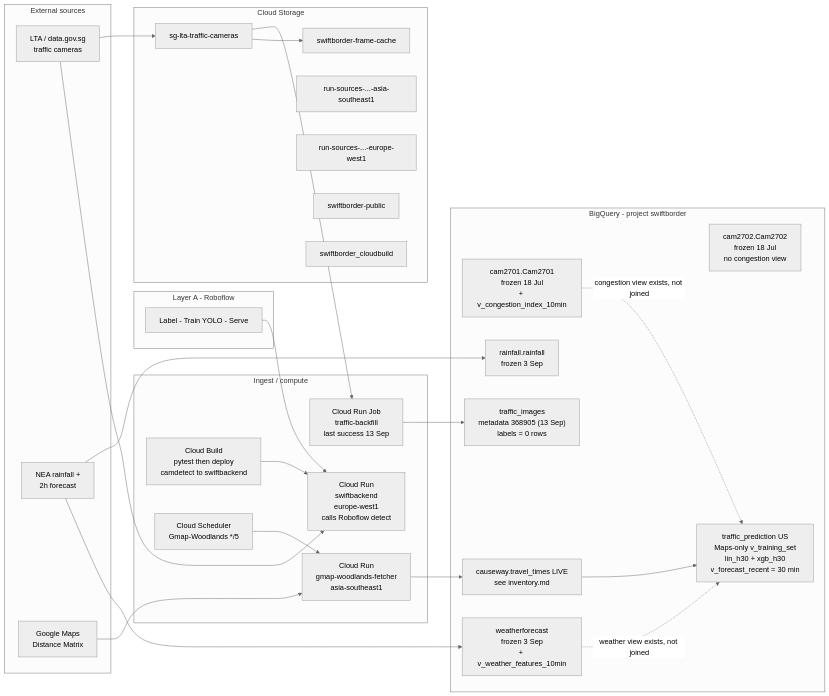
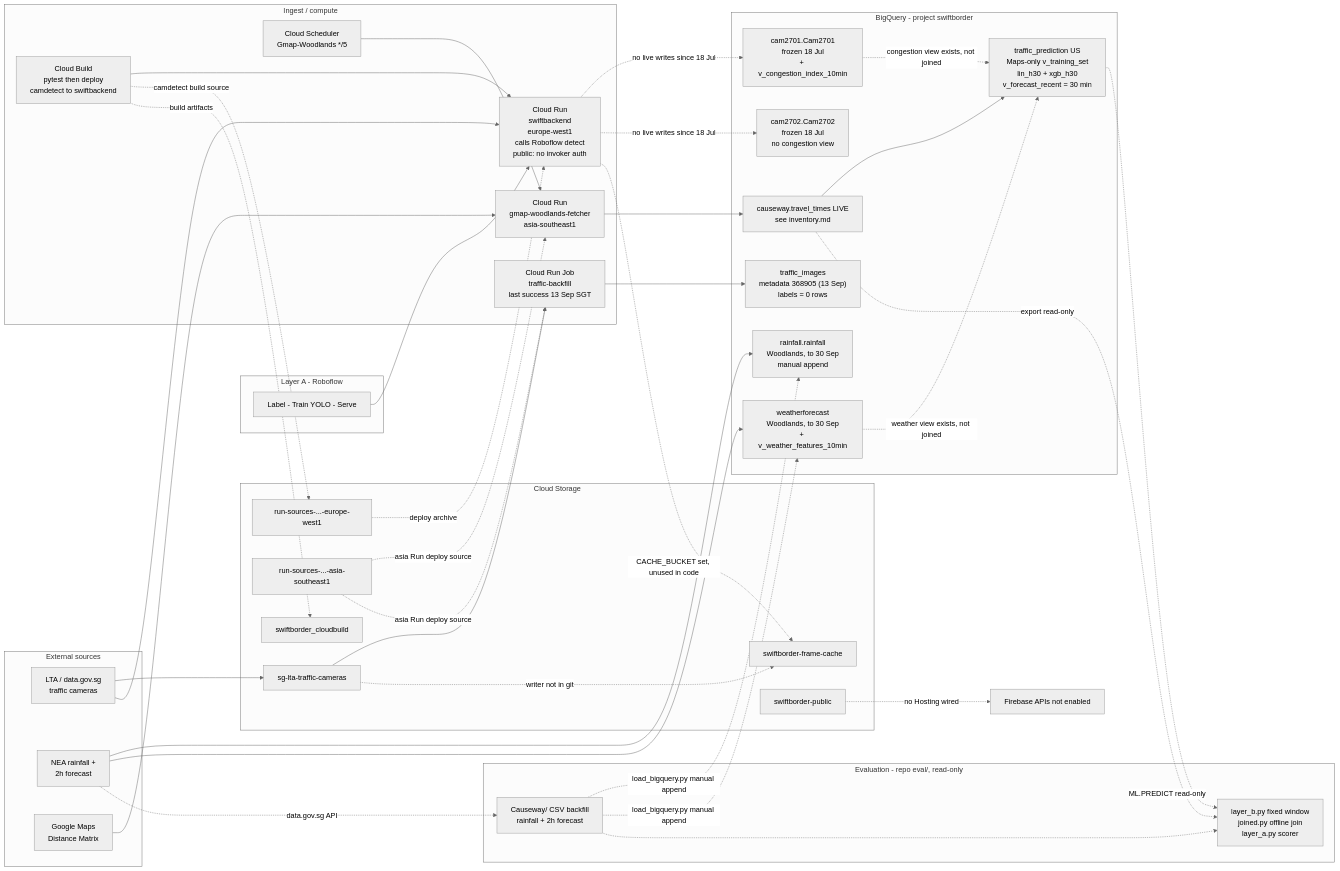
The second of 2 diagrams in docs/architecture.md (sozuken-max/swiftborder), drawn with Mermaid (neutral theme) before and after one commit. The commit also changed other lines of this file and 29 other files, not shown here.

Commit message:
Refresh docs, inventory, diagrams and skills against project swiftborder; camera pilot handoff

````diff
--- a/docs/architecture.md
+++ b/docs/architecture.md
@@ -40,55 +106,76 @@
 ```mermaid
 flowchart LR
   subgraph Ext["External sources"]
     LTA["LTA / data.gov.sg<br/>traffic cameras"]
     NEA["NEA rainfall +<br/>2h forecast"]
     GMAP["Google Maps<br/>Distance Matrix"]
   end
 
   subgraph Ingest["Ingest / compute"]
     GH["Cloud Build<br/>pytest then deploy<br/>camdetect to swiftbackend"]
     SCH["Cloud Scheduler<br/>Gmap-Woodlands */5"]
     GFN["Cloud Run<br/>gmap-woodlands-fetcher<br/>asia-southeast1"]
-    SB["Cloud Run<br/>swiftbackend<br/>europe-west1<br/>calls Roboflow detect"]
-    BF["Cloud Run Job<br/>traffic-backfill<br/>last success 13 Sep"]
+    SB["Cloud Run<br/>swiftbackend<br/>europe-west1<br/>calls Roboflow detect<br/>public: no invoker auth"]
+    BF["Cloud Run Job<br/>traffic-backfill<br/>last success 13 Sep SGT"]
   end
 
   subgraph RF["Layer A - Roboflow"]
     ROB["Label - Train YOLO - Serve"]
   end
 
   subgraph BQ["BigQuery - project swiftborder"]
     C1["cam2701.Cam2701<br/>frozen 18 Jul<br/>+ v_congestion_index_10min"]
     C2["cam2702.Cam2702<br/>frozen 18 Jul<br/>no congestion view"]
     TT["causeway.travel_times LIVE<br/>see inventory.md"]
-    RF2["rainfall.rainfall<br/>frozen 3 Sep"]
-    WX["weatherforecast<br/>frozen 3 Sep<br/>+ v_weather_features_10min"]
+    RF2["rainfall.rainfall<br/>Woodlands, to 30 Sep<br/>manual append"]
+    WX["weatherforecast<br/>Woodlands, to 30 Sep<br/>+ v_weather_features_10min"]
     TI["traffic_images<br/>metadata 368905 (13 Sep)<br/>labels = 0 rows"]
     TP["traffic_prediction US<br/>Maps-only v_training_set<br/>lin_h30 + xgb_h30<br/>v_forecast_recent = 30 min"]
   end
 
   subgraph GCS["Cloud Storage"]
     CAM["sg-lta-traffic-cameras"]
     CACHE["swiftborder-frame-cache"]
     RS1["run-sources-...-asia-southeast1"]
     RS2["run-sources-...-europe-west1"]
     PUB["swiftborder-public"]
     CB["swiftborder_cloudbuild"]
   end
 
   LTA --> CAM
   LTA --> SB
   GH --> SB
   CAM --> BF
   BF --> TI
   ROB --> SB
   NEA --> RF2
   NEA --> WX
   SCH --> GFN
   GMAP --> GFN
   GFN --> TT
   TT --> TP
   C1 -.->|"congestion view exists, not joined"| TP
   WX -.->|"weather view exists, not joined"| TP
-  CAM --> CACHE
+  SB -.->|"no live writes since 18 Jul"| C1
+  SB -.->|"no live writes since 18 Jul"| C2
+  CAM -.->|"writer not in git"| CACHE
+  SB -.->|"CACHE_BUCKET set, unused in code"| CACHE
+
+  GH -.->|"camdetect build source"| RS2
+  RS2 -.->|"deploy archive"| SB
+  GH -.->|"build artifacts"| CB
+  RS1 -.->|"asia Run deploy source"| GFN
+  RS1 -.->|"asia Run deploy source"| BF
+  PUB -.->|"no Hosting wired"| FH["Firebase APIs not enabled"]
+
+  subgraph EV["Evaluation - repo eval/, read-only"]
+    HAR["layer_b.py fixed window<br/>joined.py offline join<br/>layer_a.py scorer"]
+    CSV["Causeway/ CSV backfill<br/>rainfall + 2h forecast"]
+  end
+  NEA -.->|"data.gov.sg API"| CSV
+  CSV -.->|"load_bigquery.py manual append"| RF2
+  CSV -.->|"load_bigquery.py manual append"| WX
+  CSV -.-> HAR
+  TP -.->|"ML.PREDICT read-only"| HAR
+  TT -.->|"export read-only"| HAR
 ```
````
